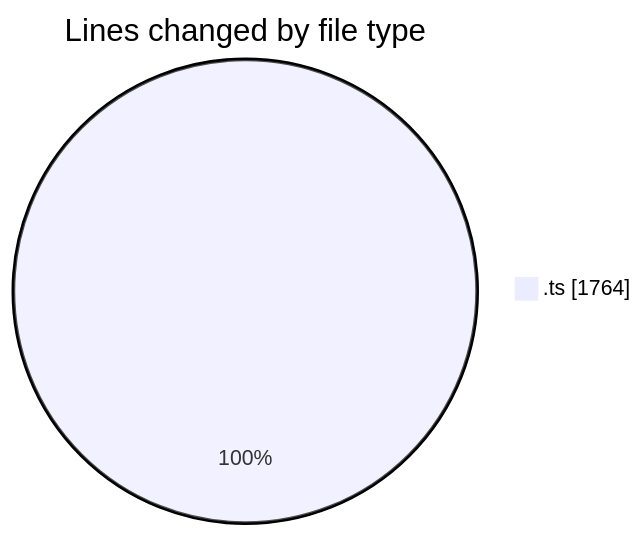
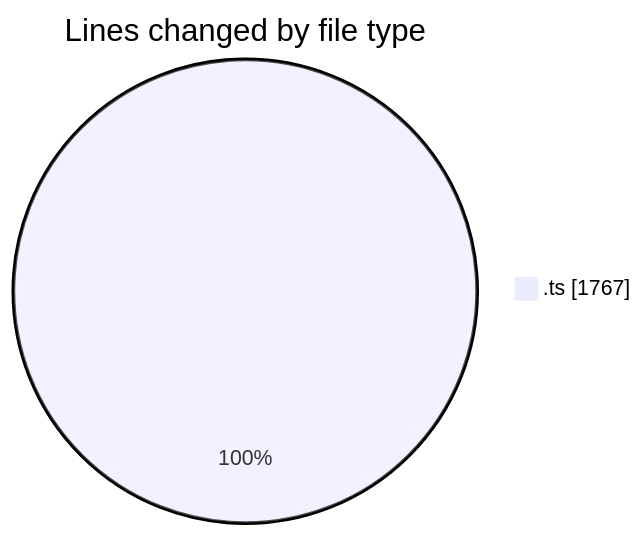
Before and after one commit to momahboobian/code-tracking: the first of 2 diagrams in 2025-08-07/cda/README.md, drawn with Mermaid. The commit also changed other lines of this file and 1 other file, not shown here.

````diff
--- a/2025-08-07/cda/README.md
+++ b/2025-08-07/cda/README.md
@@ -23,5 +23,5 @@
 ```mermaid
 pie showData
 title Lines changed by file type
-".ts" : 1764
+".ts" : 1767
 ```
````
